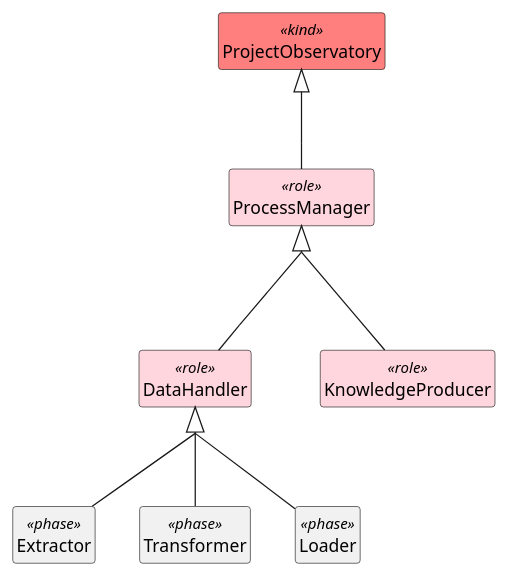
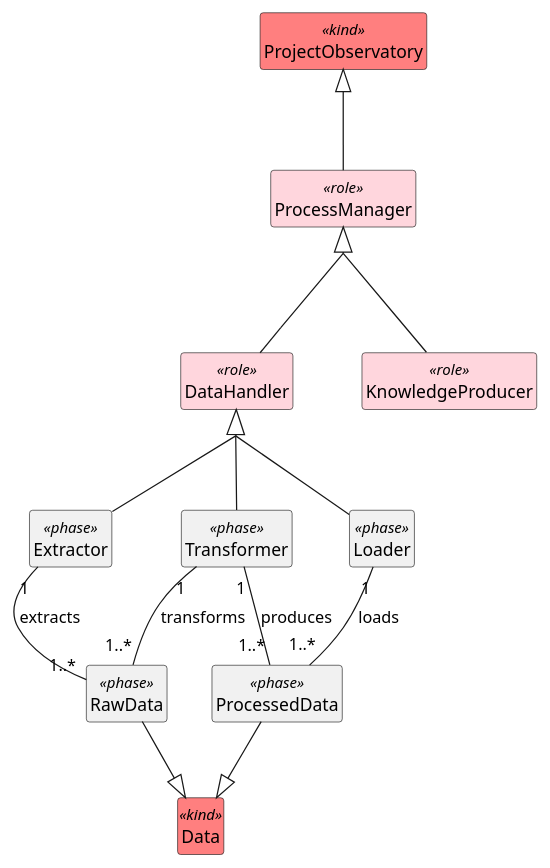
Before and after one commit to kvojps/onto-mpo: the diagram in processes/dataHandler.puml, drawn with PlantUML.

Commit message:
[feat]: enhance data handler with phases and data classes

```diff
--- a/processes/dataHandler.puml
+++ b/processes/dataHandler.puml
@@ -1,25 +1,37 @@
 @startuml DataHandler
 skinparam groupInheritance 2
 hide <<kind>> circle
 hide <<phase>> circle
 hide <<role>> circle
 hide members
 hide methods
 
 class ProjectObservatory<<kind>> #FF7F7F {}
 class ProcessManager <<role>> #FFD6DD {}
 class DataHandler <<role>> #FFD6DD {}
-class Extractor <<phase>> {}
-class Transformer <<phase>> {}
-class Loader <<phase>> {}
 class KnowledgeProducer <<role>> #FFD6DD {}
 
 ProjectObservatory <|-- ProcessManager
 ProcessManager <|-- DataHandler
 ProcessManager <|-- KnowledgeProducer
 
+class Extractor <<phase>> {}
+class Transformer <<phase>> {}
+class Loader <<phase>> {}
+
 DataHandler <|-- Extractor
 DataHandler <|-- Transformer
 DataHandler <|-- Loader
 
+class Data <<kind>> #FF7F7F {}
+class RawData <<phase>> {}
+class ProcessedData <<phase>> {}
+
+RawData --|> Data
+ProcessedData --|> Data
+Extractor "1" -- "1..*" RawData : extracts
+Transformer "1" -- "1..*" RawData : transforms
+Transformer "1" -- "1..*" ProcessedData : produces
+Loader "1" -- "1..*" ProcessedData : loads
+
 @enduml
```
